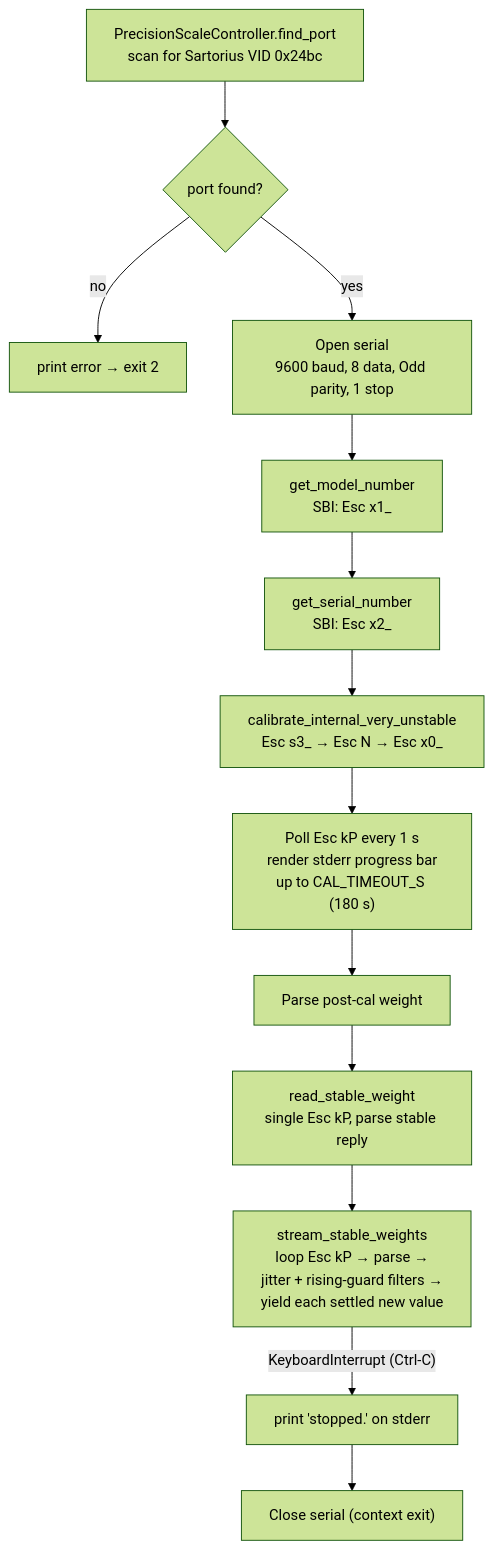
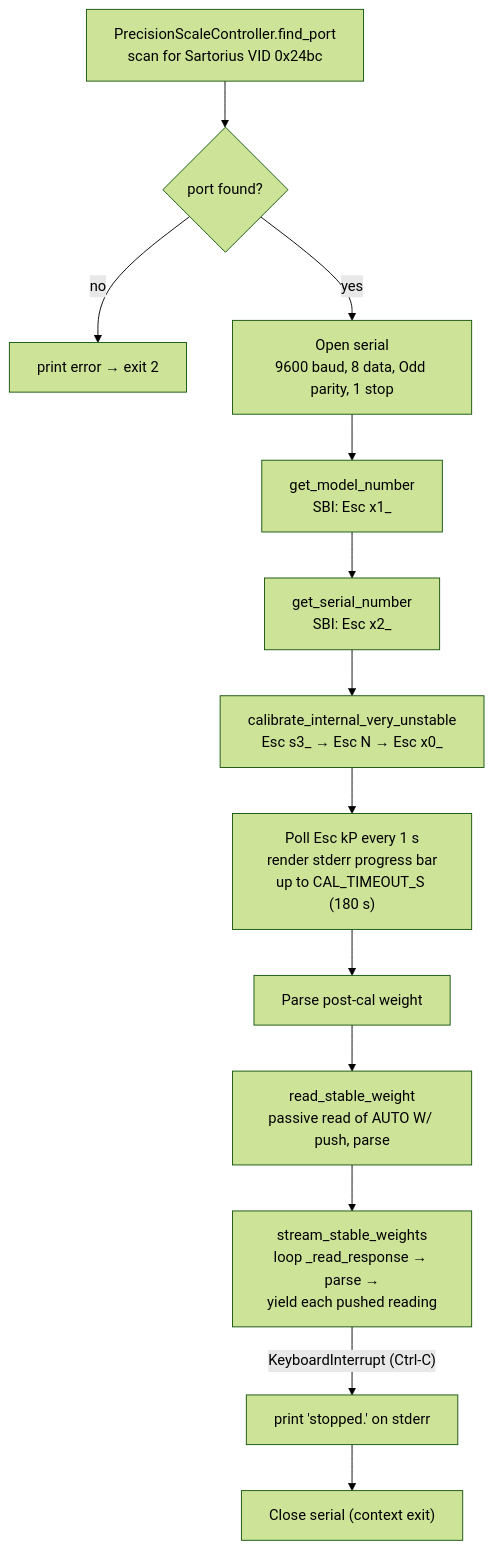
One commit to coport-uni/PrecisionScaleController changed the diagram in README.md. Above: the diagram before and after it, drawn with Mermaid (forest theme). The commit also changed other lines of this file and 5 other files, not shown here.

````diff
--- a/README.md
+++ b/README.md
@@ -54,15 +55,15 @@
 ```mermaid
 flowchart TD
     A["PrecisionScaleController.find_port<br/>scan for Sartorius VID 0x24bc"] --> B{port found?}
     B -- no --> Z["print error → exit 2"]
     B -- yes --> C["Open serial<br/>9600 baud, 8 data, Odd parity, 1 stop"]
     C --> D["get_model_number<br/>SBI: Esc x1_"]
     D --> E["get_serial_number<br/>SBI: Esc x2_"]
     E --> F["calibrate_internal_very_unstable<br/>Esc s3_ → Esc N → Esc x0_"]
     F --> G["Poll Esc kP every 1 s<br/>render stderr progress bar<br/>up to CAL_TIMEOUT_S (180 s)"]
     G --> H["Parse post-cal weight"]
-    H --> I["read_stable_weight<br/>single Esc kP, parse stable reply"]
-    I --> J["stream_stable_weights<br/>loop Esc kP → parse →<br/>jitter + rising-guard filters →<br/>yield each settled new value"]
+    H --> I["read_stable_weight<br/>passive read of AUTO W/ push, parse"]
+    I --> J["stream_stable_weights<br/>loop _read_response → parse →<br/>yield each pushed reading"]
     J -- "KeyboardInterrupt (Ctrl-C)" --> K["print 'stopped.' on stderr"]
     K --> L["Close serial (context exit)"]
 ```
````
